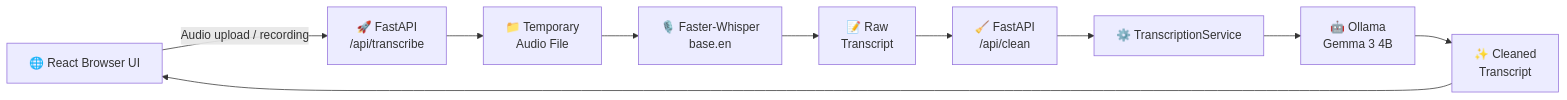
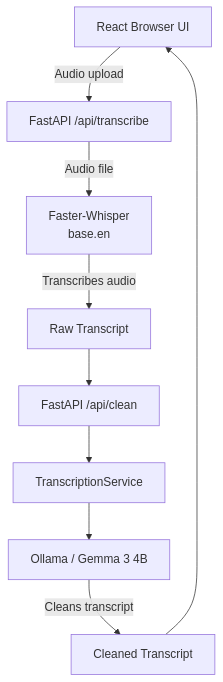
The first of 6 diagrams in DIAGRAMS.md (Bhumika767/ai-transcript-mindmap), drawn with Mermaid before and after one commit. The commit also changed other lines of this file, not shown here.

Commit message:
Refactor diagrams for clarity and consistency

````diff
--- a/DIAGRAMS.md
+++ b/DIAGRAMS.md
@@ -7,31 +7,28 @@
 ```mermaid
-flowchart LR
+flowchart TD
 
-    Browser["🌐 React Browser UI"]
+    Browser["React Browser UI"]
 
-    API["🚀 FastAPI<br/>/api/transcribe"]
+    API["FastAPI /api/transcribe"]
 
-    Temp["📁 Temporary<br/>Audio File"]
+    Whisper["Faster-Whisper<br/>base.en"]
 
-    Whisper["🎙️ Faster-Whisper<br/>base.en"]
+    Raw["Raw Transcript"]
 
-    Raw["📝 Raw<br/>Transcript"]
+    CleanAPI["FastAPI /api/clean"]
 
-    CleanAPI["🧹 FastAPI<br/>/api/clean"]
+    Service["TranscriptionService"]
 
-    Service["⚙️ TranscriptionService"]
+    LLM["Ollama / Gemma 3 4B"]
 
-    LLM["🤖 Ollama<br/>Gemma 3 4B"]
+    Cleaned["Cleaned Transcript"]
 
-    Cleaned["✨ Cleaned<br/>Transcript"]
-
-    Browser -->|Audio upload / recording| API
-    API --> Temp
-    Temp --> Whisper
-    Whisper --> Raw
+    Browser -->|Audio upload| API
+    API -->|Audio file| Whisper
+    Whisper -->|Transcribes audio| Raw
     Raw --> CleanAPI
     CleanAPI --> Service
     Service --> LLM
-    LLM --> Cleaned
+    LLM -->|Cleans transcript| Cleaned
     Cleaned --> Browser
 ```
````
